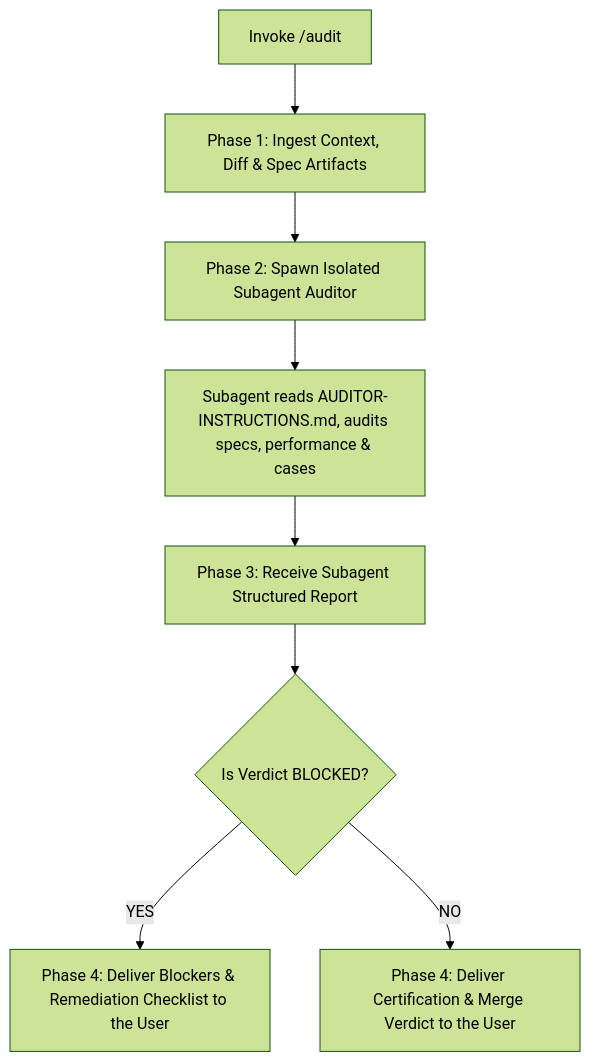
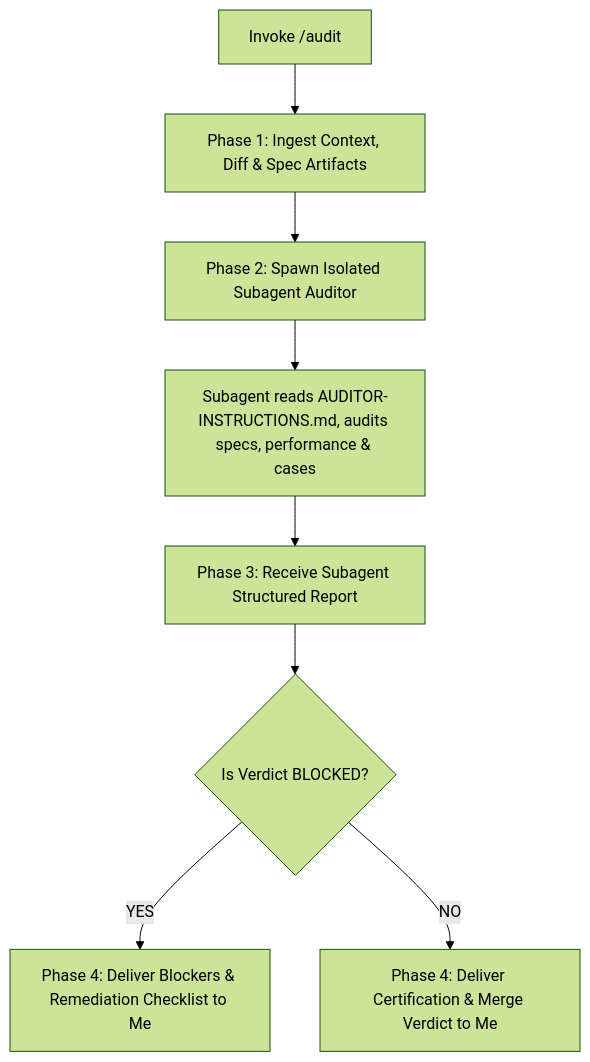
Before and after one commit to dimsedra/skills: the diagram in audit/SKILL.md, drawn with Mermaid (forest theme). The commit also changed other lines of this file and 7 other files, not shown here.

````diff
--- a/audit/SKILL.md
+++ b/audit/SKILL.md
@@ -18,10 +18,10 @@
 ```mermaid
 flowchart TD
     A["Invoke /audit"] --> B["Phase 1: Ingest Context, Diff & Spec Artifacts"]
     B --> C["Phase 2: Spawn Isolated Subagent Auditor"]
     C --> D["Subagent reads AUDITOR-INSTRUCTIONS.md, audits specs, performance & cases"]
     D --> E["Phase 3: Receive Subagent Structured Report"]
     E --> F{"Is Verdict BLOCKED?"}
-    F -- YES --> G["Phase 4: Deliver Blockers & Remediation Checklist to the User"]
-    F -- NO --> H["Phase 4: Deliver Certification & Merge Verdict to the User"]
+    F -- YES --> G["Phase 4: Deliver Blockers & Remediation Checklist to Me"]
+    F -- NO --> H["Phase 4: Deliver Certification & Merge Verdict to Me"]
 ```
````
